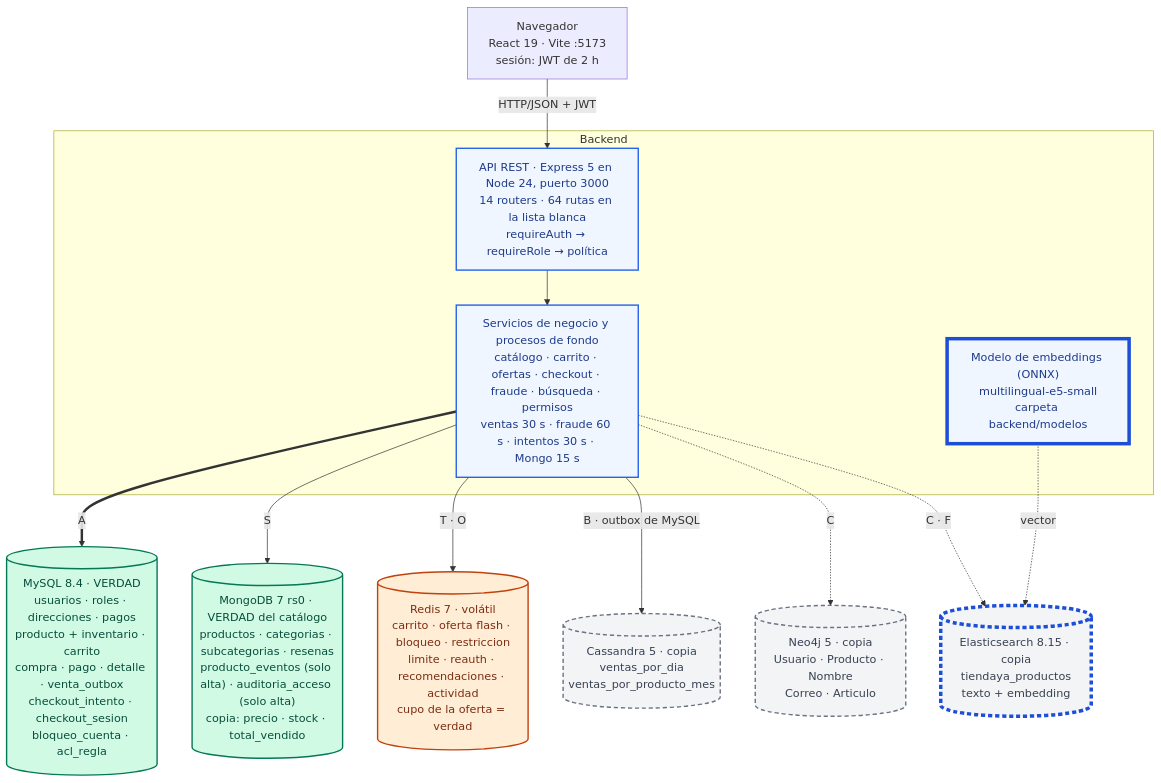
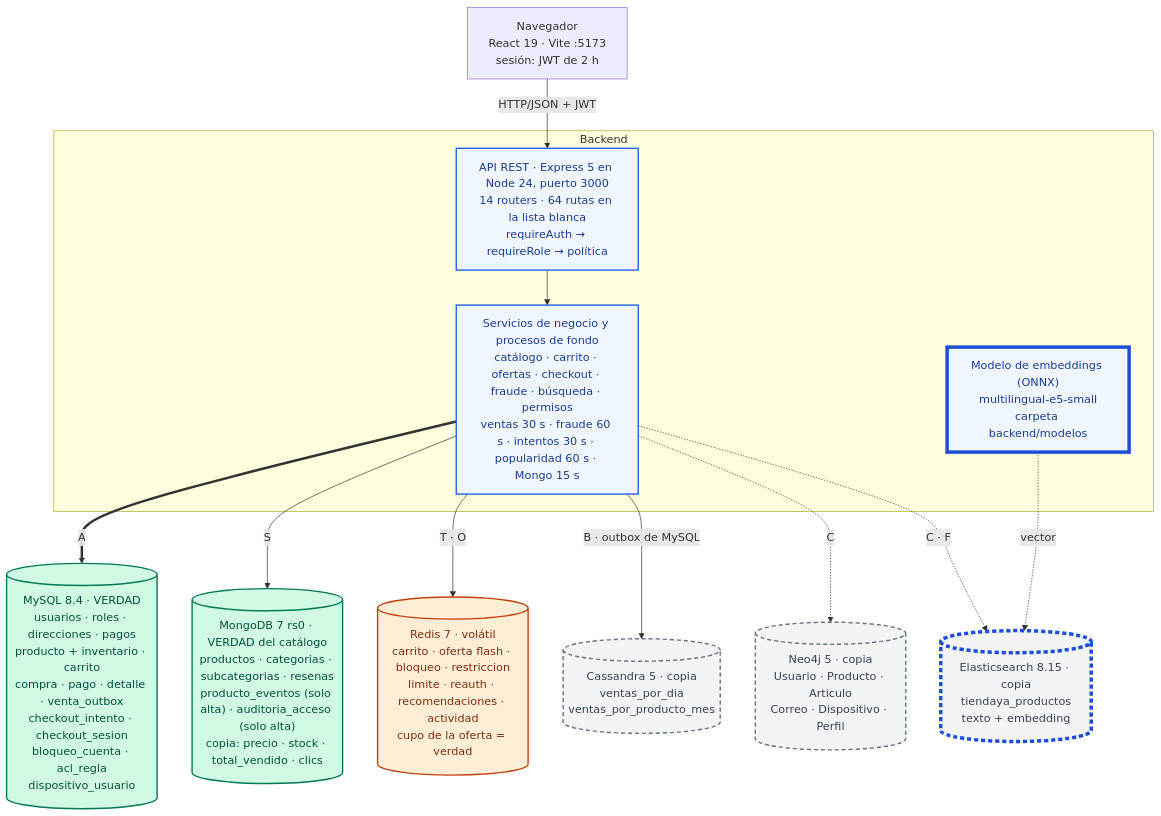
The first of 5 diagrams in IA/ARQUITECTURA-FINAL.md (VidStal12/Base_de_Datos_2_P), drawn with Mermaid before and after one commit. The commit also changed other lines of this file and 42 other files, not shown here.

````diff
--- a/IA/ARQUITECTURA-FINAL.md
+++ b/IA/ARQUITECTURA-FINAL.md
@@ -62,39 +62,39 @@
 ```mermaid
 flowchart TB
   classDef verdad fill:#d1fae5,stroke:#047857,stroke-width:2px,color:#064e3b
   classDef copia fill:#f3f4f6,stroke:#6b7280,stroke-width:2px,stroke-dasharray:6 4,color:#374151
   classDef volatil fill:#ffedd5,stroke:#c2410c,stroke-width:2px,color:#7c2d12
   classDef proceso fill:#eff6ff,stroke:#2563eb,stroke-width:2px,color:#1e3a8a
   classDef nuevo stroke:#1d4ed8,stroke-width:5px
 
   NAV["Navegador<br/>React 19 · Vite :5173<br/>sesión: JWT de 2 h"]
 
   subgraph BE["Backend"]
     API["API REST · Express 5 en Node 24, puerto 3000<br/>14 routers · 64 rutas en la lista blanca<br/>requireAuth → requireRole → política"]
-    SRV["Servicios de negocio y procesos de fondo<br/>catálogo · carrito · ofertas · checkout · fraude · búsqueda · permisos<br/>ventas 30 s · fraude 60 s · intentos 30 s · Mongo 15 s"]
+    SRV["Servicios de negocio y procesos de fondo<br/>catálogo · carrito · ofertas · checkout · fraude · búsqueda · permisos<br/>ventas 30 s · fraude 60 s · intentos 30 s · popularidad 60 s · Mongo 15 s"]
     EMB["Modelo de embeddings (ONNX)<br/>multilingual-e5-small<br/>carpeta backend/modelos"]
   end
 
-  MY[("MySQL 8.4 · VERDAD<br/>usuarios · roles · direcciones · pagos<br/>producto + inventario · carrito<br/>compra · pago · detalle · venta_outbox<br/>checkout_intento · checkout_sesion<br/>bloqueo_cuenta · acl_regla")]
-  MG[("MongoDB 7 rs0 · VERDAD del catálogo<br/>productos · categorias · subcategorias · resenas<br/>producto_eventos (solo alta) · auditoria_acceso (solo alta)<br/>copia: precio · stock · total_vendido")]
+  MY[("MySQL 8.4 · VERDAD<br/>usuarios · roles · direcciones · pagos<br/>producto + inventario · carrito<br/>compra · pago · detalle · venta_outbox<br/>checkout_intento · checkout_sesion<br/>bloqueo_cuenta · acl_regla<br/>dispositivo_usuario")]
+  MG[("MongoDB 7 rs0 · VERDAD del catálogo<br/>productos · categorias · subcategorias · resenas<br/>producto_eventos (solo alta) · auditoria_acceso (solo alta)<br/>copia: precio · stock · total_vendido · clics")]
   RE[("Redis 7 · volátil<br/>carrito · oferta flash · bloqueo · restriccion<br/>limite · reauth · recomendaciones · actividad<br/>cupo de la oferta = verdad")]
   CA[("Cassandra 5 · copia<br/>ventas_por_dia<br/>ventas_por_producto_mes")]
-  NE[("Neo4j 5 · copia<br/>Usuario · Producto · Nombre<br/>Correo · Articulo")]
+  NE[("Neo4j 5 · copia<br/>Usuario · Producto · Articulo<br/>Correo · Dispositivo · Perfil")]
   ES[("Elasticsearch 8.15 · copia<br/>tiendaya_productos<br/>texto + embedding")]
 
   NAV -->|"HTTP/JSON + JWT"| API
   API --> SRV
   SRV ==>|"A"| MY
   SRV -->|"S"| MG
   SRV -->|"T · O"| RE
   SRV -->|"B · outbox de MySQL"| CA
   SRV -.->|"C"| NE
   SRV -.->|"C · F"| ES
   EMB -.->|"vector"| ES
 
   class MY,MG verdad
   class RE volatil
   class CA,NE,ES copia
   class API,SRV,EMB proceso
   class EMB,ES nuevo
 ```
````
